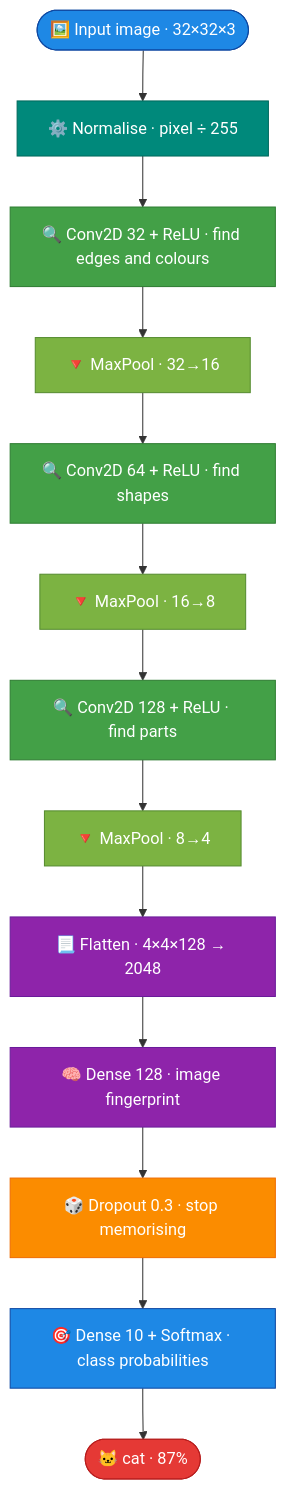
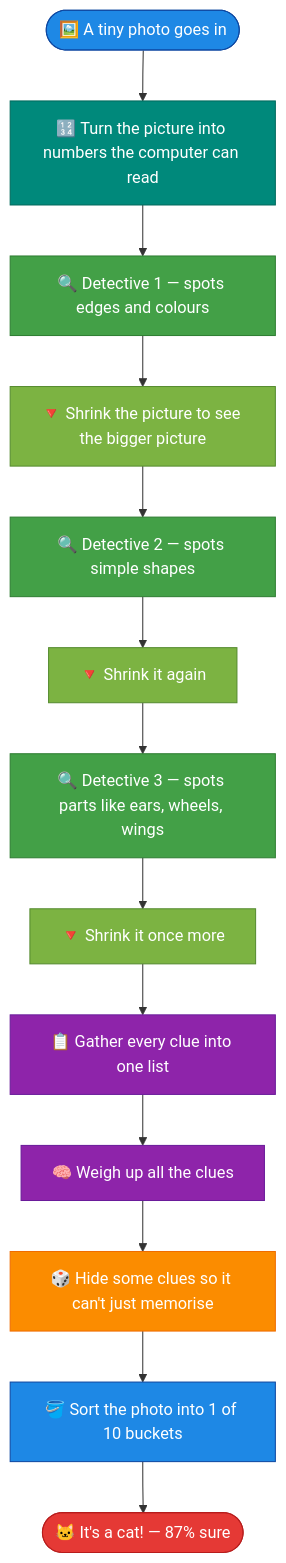
The diagram in README.md (pritmon/cifar10-cnn-classifier), drawn with Mermaid before and after one commit. The commit also changed other lines of this file, not shown here.

Commit message:
Rewrite flowchart in plain English so anyone can follow it
Replace jargon node labels (Conv2D, MaxPool, Softmax) with the
photo-sorting "detective" story, and add a one-line coder key that
maps each plain step back to its real layer name.

````diff
--- a/README.md
+++ b/README.md
@@ -80,28 +83,28 @@
 ```mermaid
 flowchart TD
-    IN(["🖼️ Input image · 32×32×3"]):::io
-    NORM["⚙️ Normalise · pixel ÷ 255"]:::prep
+    IN(["🖼️ A tiny photo goes in"]):::io
+    NORM["🔢 Turn the picture into numbers the computer can read"]:::prep
 
-    C1["🔍 Conv2D 32 + ReLU · find edges and colours"]:::conv
-    P1["🔻 MaxPool · 32→16"]:::pool
-    C2["🔍 Conv2D 64 + ReLU · find shapes"]:::conv
-    P2["🔻 MaxPool · 16→8"]:::pool
-    C3["🔍 Conv2D 128 + ReLU · find parts"]:::conv
-    P3["🔻 MaxPool · 8→4"]:::pool
+    C1["🔍 Detective 1 — spots edges and colours"]:::conv
+    P1["🔻 Shrink the picture to see the bigger picture"]:::pool
+    C2["🔍 Detective 2 — spots simple shapes"]:::conv
+    P2["🔻 Shrink it again"]:::pool
+    C3["🔍 Detective 3 — spots parts like ears, wheels, wings"]:::conv
+    P3["🔻 Shrink it once more"]:::pool
 
-    FL["📃 Flatten · 4×4×128 → 2048"]:::head
-    D1["🧠 Dense 128 · image fingerprint"]:::head
-    DR["🎲 Dropout 0.3 · stop memorising"]:::drop
-    SM["🎯 Dense 10 + Softmax · class probabilities"]:::io
-    RES(["🐱 cat · 87%"]):::result
+    FL["📋 Gather every clue into one list"]:::head
+    D1["🧠 Weigh up all the clues"]:::head
+    DR["🎲 Hide some clues so it can't just memorise"]:::drop
+    SM["🪣 Sort the photo into 1 of 10 buckets"]:::io
+    RES(["🐱 It's a cat! — 87% sure"]):::result
 
     IN --> NORM --> C1 --> P1 --> C2 --> P2 --> C3 --> P3 --> FL --> D1 --> DR --> SM --> RES
 
     classDef io fill:#1E88E5,stroke:#0D47A1,color:#ffffff
     classDef prep fill:#00897B,stroke:#00695C,color:#ffffff
     classDef conv fill:#43A047,stroke:#2E7D32,color:#ffffff
     classDef pool fill:#7CB342,stroke:#558B2F,color:#ffffff
     classDef head fill:#8E24AA,stroke:#6A1B9A,color:#ffffff
     classDef drop fill:#FB8C00,stroke:#EF6C00,color:#ffffff
     classDef result fill:#E53935,stroke:#B71C1C,color:#ffffff
 ```
````
